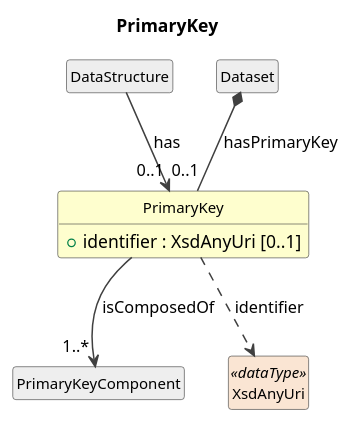
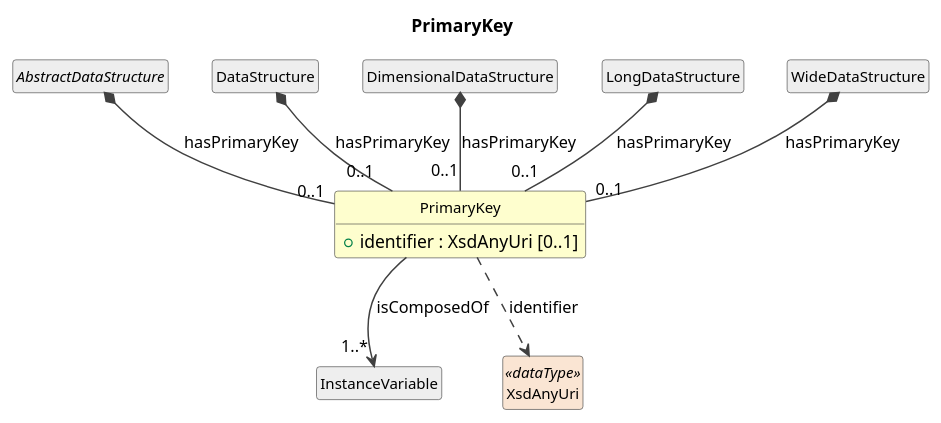
One commit to Cross-Domain-Interoperability-Framework/metadataBuildingBlocks changed the diagram in cdif-uml-model/_plantuml/cdifDataStructure/Classes/PrimaryKey.pu. Above: the diagram before and after it, drawn with PlantUML. The commit also changed 636 other files, not shown here.

First line of the commit message:
cdif-uml-model: regen for cdifDataStructure split (module + composites)

```diff
--- a/cdif-uml-model/_plantuml/cdifDataStructure/Classes/PrimaryKey.pu
+++ b/cdif-uml-model/_plantuml/cdifDataStructure/Classes/PrimaryKey.pu
@@ -1,25 +1,31 @@
 @startuml
 title PrimaryKey
 hide circle
 hide empty members
 skinparam shadowing false
 skinparam ArrowThickness 1.2
 skinparam class {
   ArrowColor #404040
   BorderColor #404040
   FontSize 12
 }
 
 class "PrimaryKey" as PrimaryKey #FEFECE {
   +identifier : XsdAnyUri [0..1]
 }
+abstract class "AbstractDataStructure" as AbstractDataStructure #EEEEEE
+AbstractDataStructure *-- "0..1" PrimaryKey : hasPrimaryKey
 class "DataStructure" as DataStructure #EEEEEE
-DataStructure --> "0..1" PrimaryKey : has
-class "PrimaryKeyComponent" as PrimaryKeyComponent #EEEEEE
-PrimaryKey --> "1..*" PrimaryKeyComponent : isComposedOf
-class "Dataset" as Dataset #EEEEEE
-Dataset *-- "0..1" PrimaryKey : hasPrimaryKey
+DataStructure *-- "0..1" PrimaryKey : hasPrimaryKey
+class "DimensionalDataStructure" as DimensionalDataStructure #EEEEEE
+DimensionalDataStructure *-- "0..1" PrimaryKey : hasPrimaryKey
+class "LongDataStructure" as LongDataStructure #EEEEEE
+LongDataStructure *-- "0..1" PrimaryKey : hasPrimaryKey
+class "WideDataStructure" as WideDataStructure #EEEEEE
+WideDataStructure *-- "0..1" PrimaryKey : hasPrimaryKey
+class "InstanceVariable" as InstanceVariable #EEEEEE
+PrimaryKey --> "1..*" InstanceVariable : isComposedOf
 class "XsdAnyUri" as XsdAnyUri <<dataType>> #FAE5D3
 PrimaryKey ..> XsdAnyUri : identifier
 
 @enduml
```
